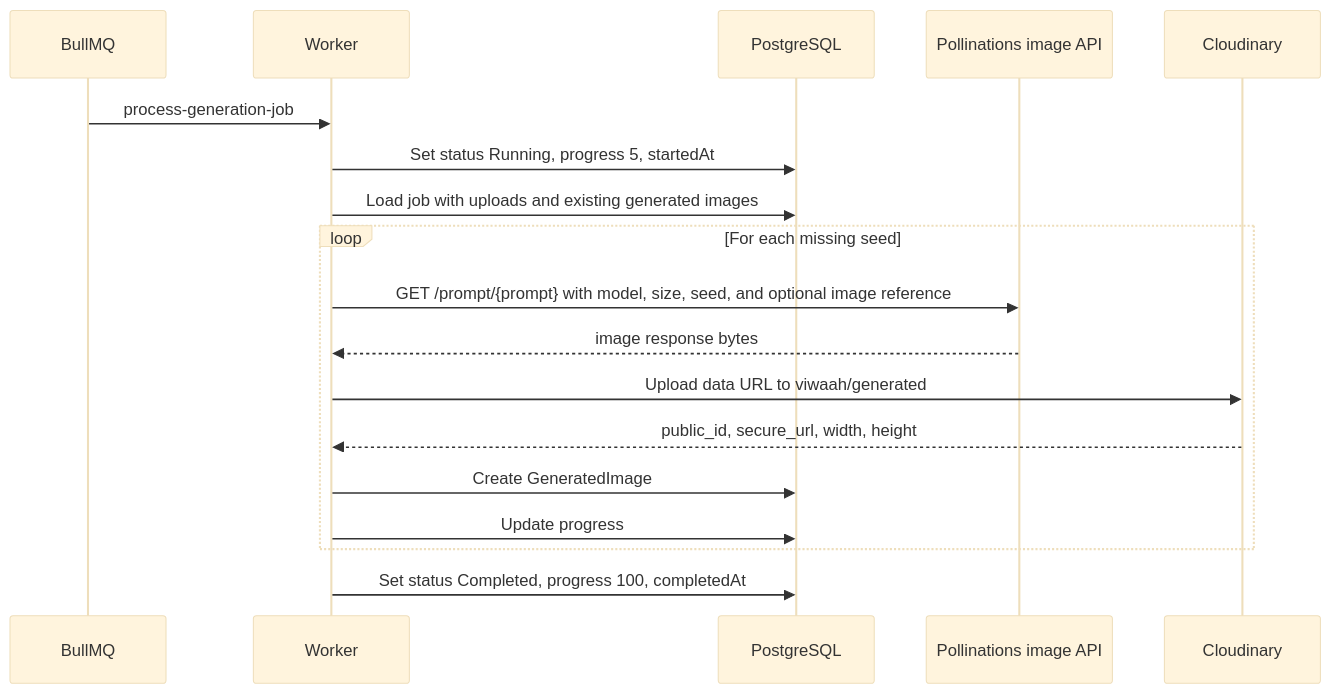
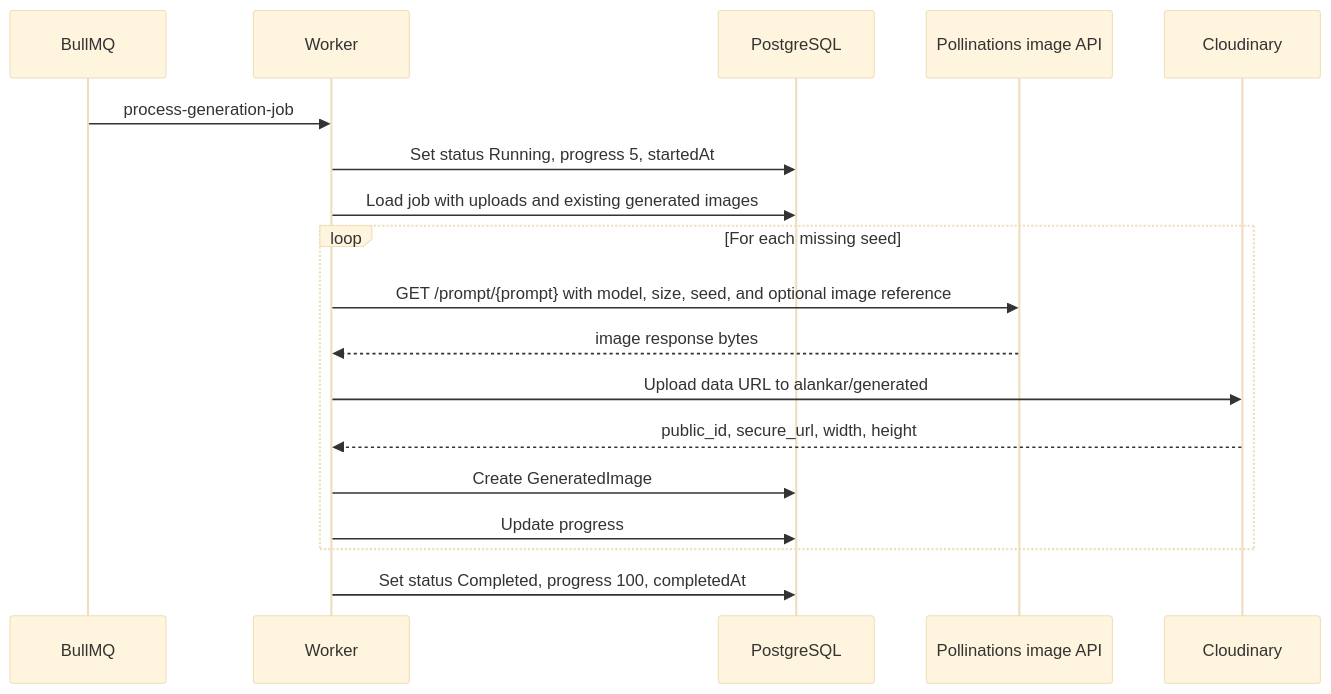
The fourth of 6 diagrams in docs/appflow.md (Rahul-Shetty-10/photo_album), drawn with Mermaid (base theme) before and after one commit. The commit also changed other lines of this file and 29 other files, not shown here.

````diff
--- a/docs/appflow.md
+++ b/docs/appflow.md
@@ -89,21 +89,21 @@
 ```mermaid
 sequenceDiagram
     participant Q as BullMQ
     participant W as Worker
     participant DB as PostgreSQL
     participant POL as Pollinations image API
     participant C as Cloudinary
 
     Q->>W: process-generation-job
     W->>DB: Set status Running, progress 5, startedAt
     W->>DB: Load job with uploads and existing generated images
     loop For each missing seed
         W->>POL: GET /prompt/{prompt} with model, size, seed, and optional image reference
         POL-->>W: image response bytes
-        W->>C: Upload data URL to viwaah/generated
+        W->>C: Upload data URL to alankar/generated
         C-->>W: public_id, secure_url, width, height
         W->>DB: Create GeneratedImage
         W->>DB: Update progress
     end
     W->>DB: Set status Completed, progress 100, completedAt
 ```
````
